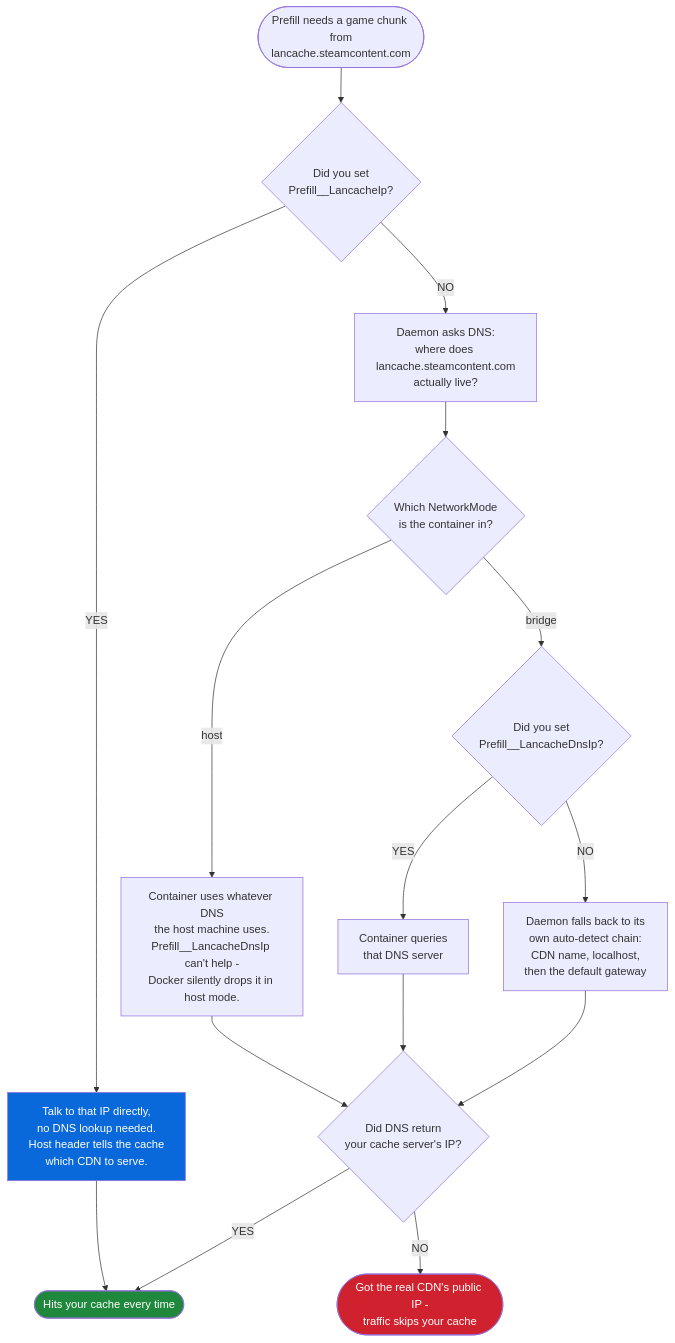
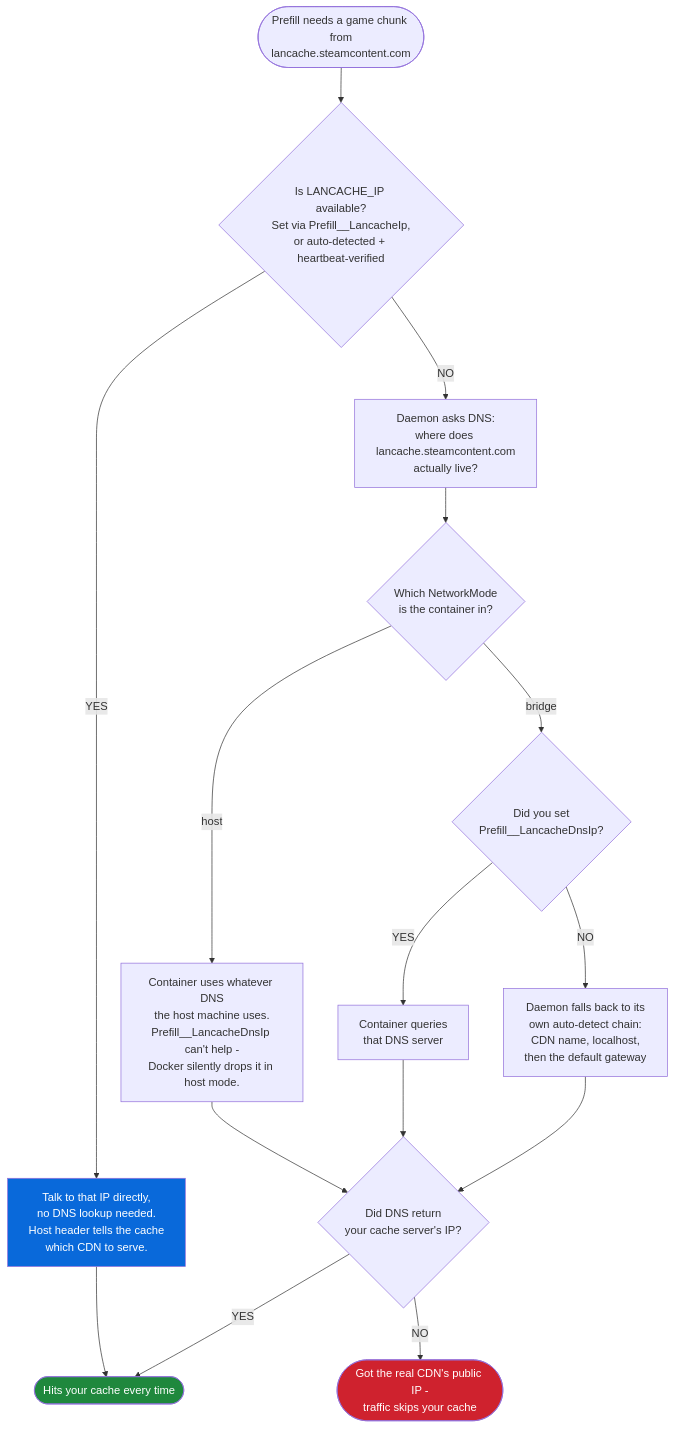
The diagram in README.MD (regix1/lancache-manager), drawn with Mermaid before and after one commit. The commit also changed other lines of this file and 28 other files, not shown here.

First line of the commit message:
Share the Status Check lancache detector with prefill and delete the duplicate copy

````diff
--- a/README.MD
+++ b/README.MD
@@ -602,30 +602,30 @@
 ```mermaid
 flowchart TD
     Start([Prefill needs a game chunk from<br/>lancache.steamcontent.com])
-    LIP{Did you set<br/>Prefill__LancacheIp?}
+    LIP{Is LANCACHE_IP available?<br/>Set via Prefill__LancacheIp,<br/>or auto-detected + heartbeat-verified}
 
     Start --> LIP
 
     LIP -->|YES| Direct[Talk to that IP directly,<br/>no DNS lookup needed.<br/>Host header tells the cache<br/>which CDN to serve.]
     Direct --> OK([Hits your cache every time])
 
     LIP -->|NO| DNS[Daemon asks DNS:<br/>where does lancache.steamcontent.com<br/>actually live?]
     DNS --> Mode{Which NetworkMode<br/>is the container in?}
 
     Mode -->|host| HostDNS[Container uses whatever DNS<br/>the host machine uses.<br/>Prefill__LancacheDnsIp can't help -<br/>Docker silently drops it in host mode.]
     Mode -->|bridge| BridgeDNS{Did you set<br/>Prefill__LancacheDnsIp?}
 
     BridgeDNS -->|YES| ForcedDNS[Container queries<br/>that DNS server]
     BridgeDNS -->|NO| AutoDetect[Daemon falls back to its<br/>own auto-detect chain:<br/>CDN name, localhost,<br/>then the default gateway]
 
     HostDNS --> Outcome{Did DNS return<br/>your cache server's IP?}
     ForcedDNS --> Outcome
     AutoDetect --> Outcome
 
     Outcome -->|YES| OK
     Outcome -->|NO| Public([Got the real CDN's public IP -<br/>traffic skips your cache])
 
     style OK fill:#1f883d,color:#fff
     style Public fill:#cf222e,color:#fff
     style Direct fill:#0969da,color:#fff
 ```
````
